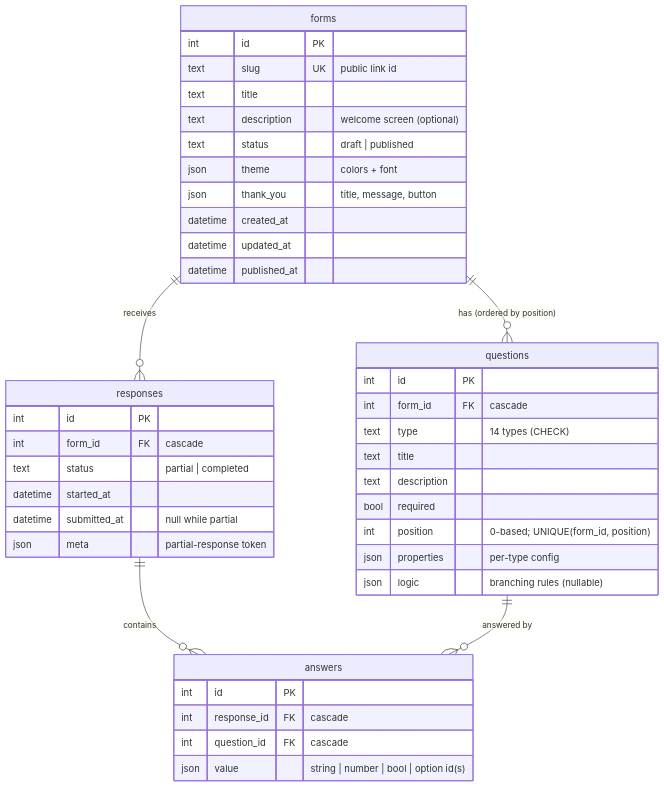
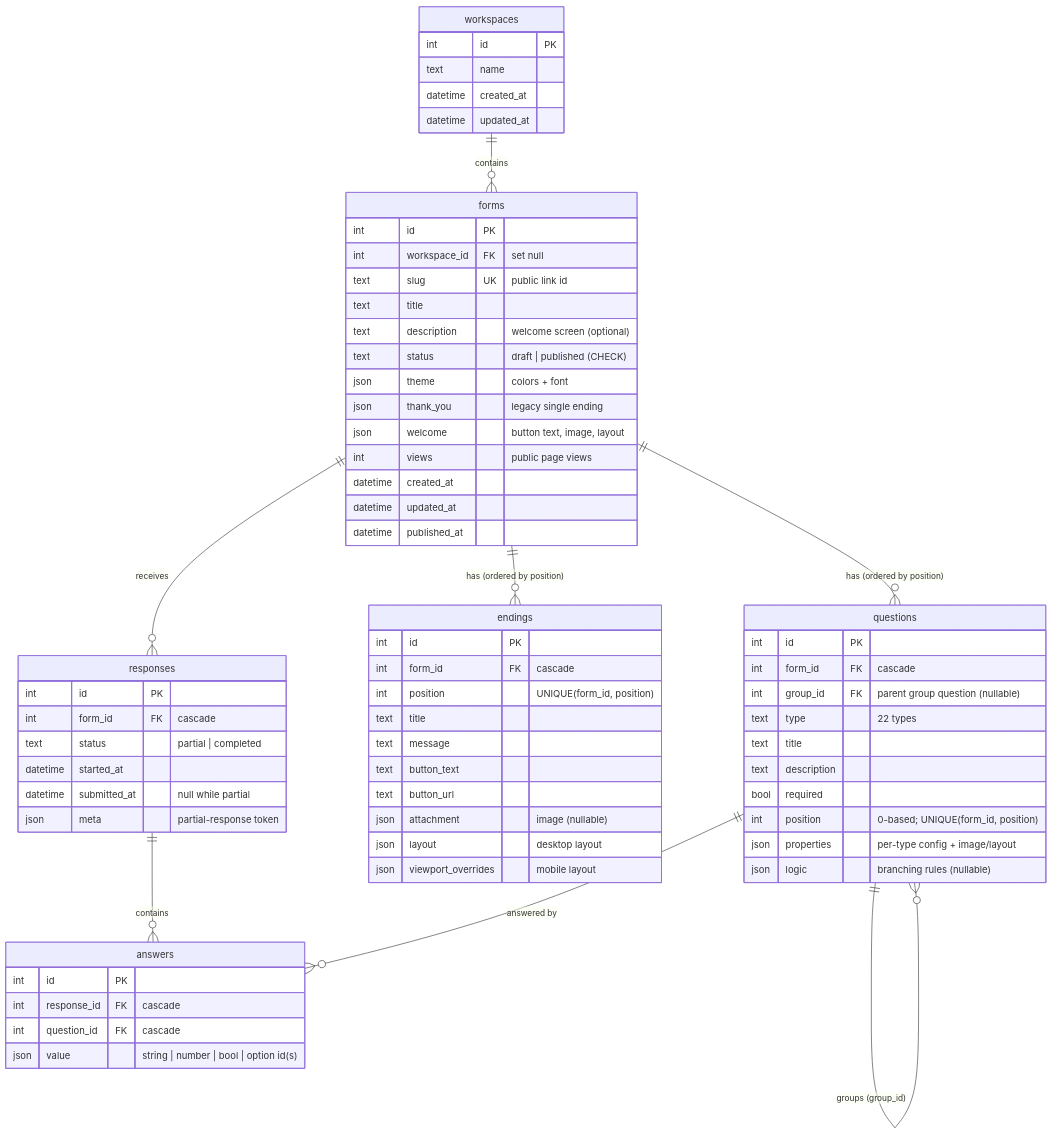
The diagram in README.md (ManpreettSingh/typeform), drawn with Mermaid before and after one commit. The commit also changed other lines of this file, not shown here.

````diff
--- a/README.md
+++ b/README.md
@@ -166,45 +177,70 @@
 ```mermaid
 erDiagram
+    workspaces ||--o{ forms : contains
     forms ||--o{ questions : "has (ordered by position)"
+    forms ||--o{ endings : "has (ordered by position)"
     forms ||--o{ responses : receives
+    questions ||--o{ questions : "groups (group_id)"
     responses ||--o{ answers : contains
     questions ||--o{ answers : "answered by"
 
+    workspaces {
+        int id PK
+        text name
+        datetime created_at
+        datetime updated_at
+    }
     forms {
         int id PK
+        int workspace_id FK "set null"
         text slug UK "public link id"
         text title
         text description "welcome screen (optional)"
-        text status "draft | published"
+        text status "draft | published (CHECK)"
         json theme "colors + font"
-        json thank_you "title, message, button"
+        json thank_you "legacy single ending"
+        json welcome "button text, image, layout"
+        int views "public page views"
         datetime created_at
         datetime updated_at
         datetime published_at
     }
     questions {
         int id PK
         int form_id FK "cascade"
-        text type "14 types (CHECK)"
+        int group_id FK "parent group question (nullable)"
+        text type "22 types"
         text title
         text description
         bool required
         int position "0-based; UNIQUE(form_id, position)"
-        json properties "per-type config"
+        json properties "per-type config + image/layout"
         json logic "branching rules (nullable)"
+    }
+    endings {
+        int id PK
+        int form_id FK "cascade"
+        int position "UNIQUE(form_id, position)"
+        text title
+        text message
+        text button_text
+        text button_url
+        json attachment "image (nullable)"
+        json layout "desktop layout"
+        json viewport_overrides "mobile layout"
     }
     responses {
         int id PK
         int form_id FK "cascade"
         text status "partial | completed"
         datetime started_at
         datetime submitted_at "null while partial"
         json meta "partial-response token"
     }
     answers {
         int id PK
         int response_id FK "cascade"
         int question_id FK "cascade"
         json value "string | number | bool | option id(s)"
     }
 ```
````
